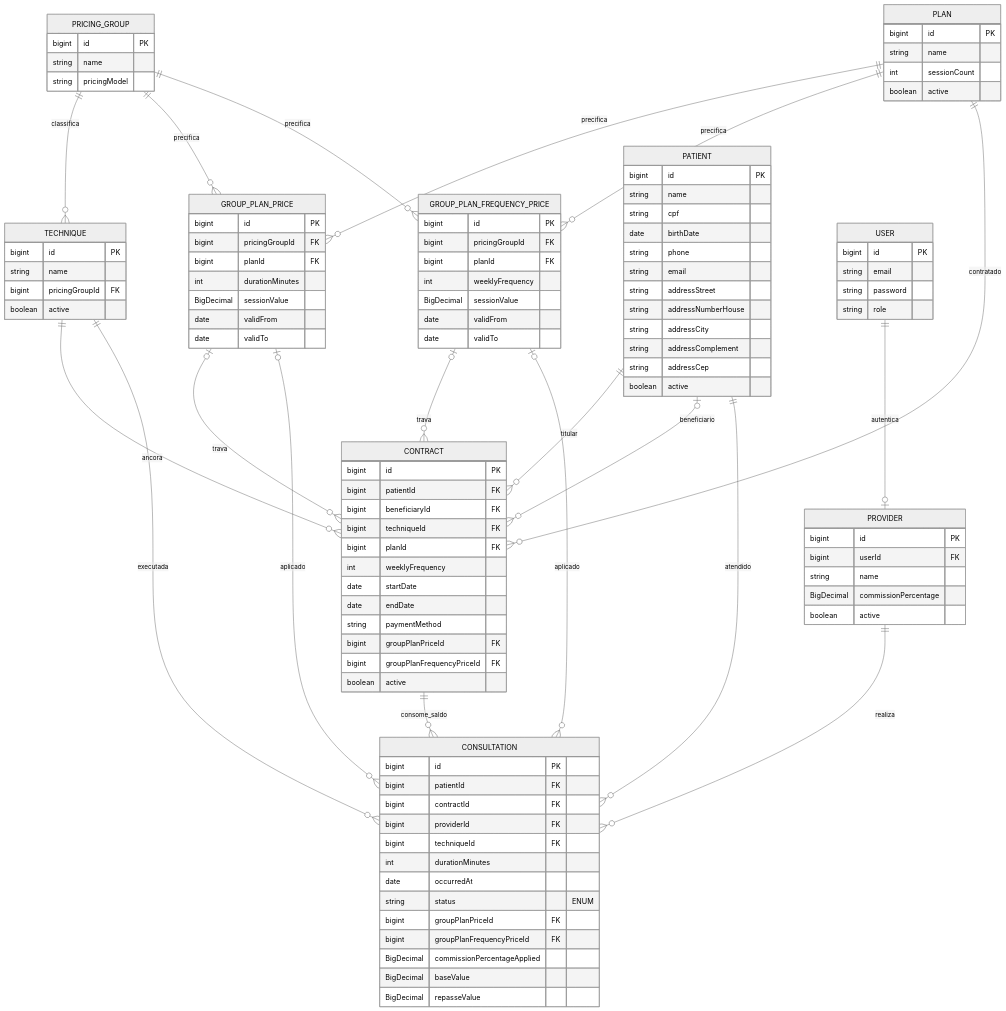
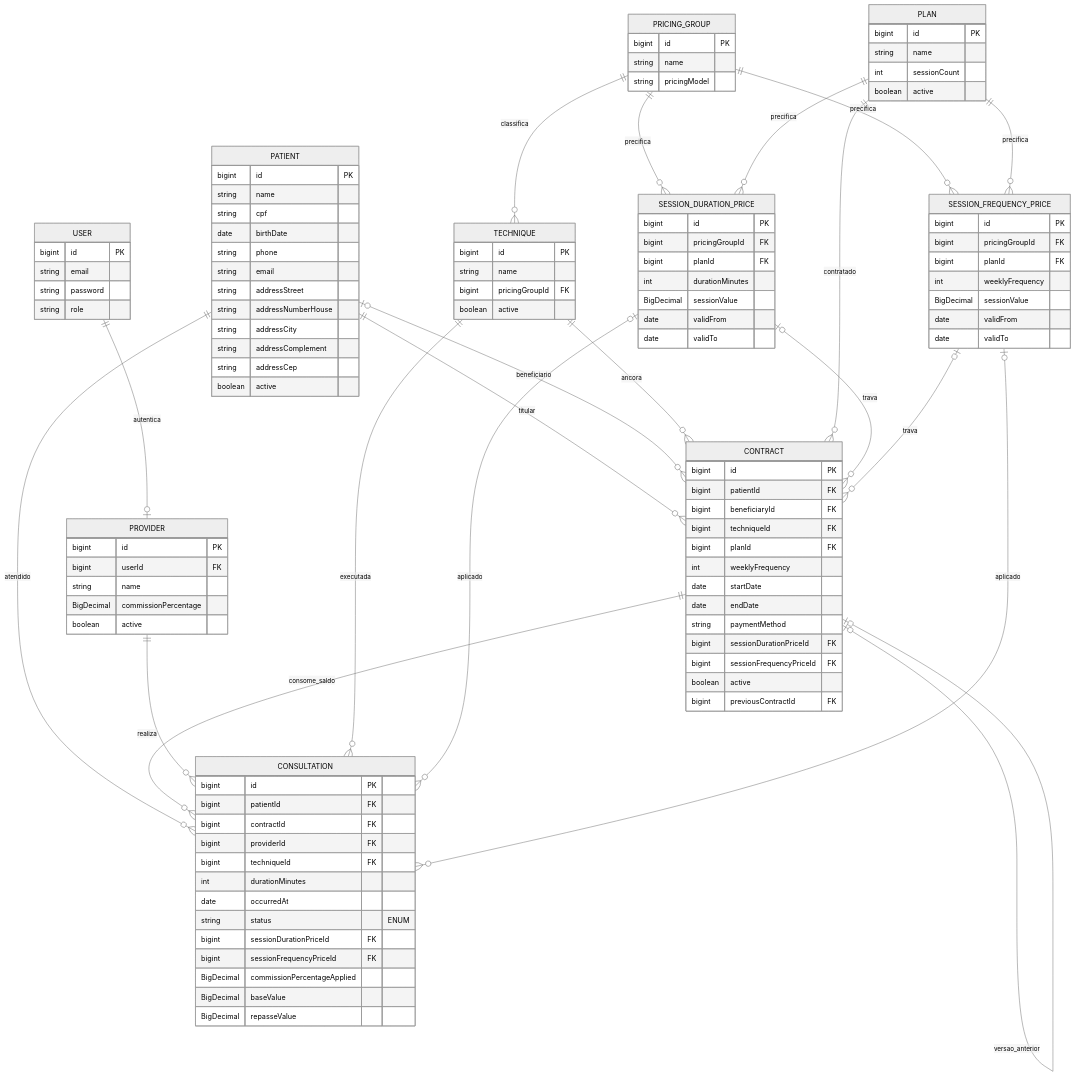
The diagram in docs/domain-model.md (1k2s/sublime-app), drawn with Mermaid (neutral theme) before and after one commit. The commit also changed other lines of this file and 26 other files, not shown here.

````diff
--- a/docs/domain-model.md
+++ b/docs/domain-model.md
@@ -10,23 +10,24 @@
 ```mermaid
 erDiagram
   PRICING_GROUP ||--o{ TECHNIQUE : classifica
-  PRICING_GROUP ||--o{ GROUP_PLAN_PRICE : precifica
-  PRICING_GROUP ||--o{ GROUP_PLAN_FREQUENCY_PRICE : precifica
-  PLAN ||--o{ GROUP_PLAN_PRICE : precifica
-  PLAN ||--o{ GROUP_PLAN_FREQUENCY_PRICE : precifica
+  PRICING_GROUP ||--o{ SESSION_DURATION_PRICE : precifica
+  PRICING_GROUP ||--o{ SESSION_FREQUENCY_PRICE : precifica
+  PLAN ||--o{ SESSION_DURATION_PRICE : precifica
+  PLAN ||--o{ SESSION_FREQUENCY_PRICE : precifica
+  CONTRACT |o--o| CONTRACT : versao_anterior
   PATIENT ||--o{ CONTRACT : titular
   PATIENT |o--o{ CONTRACT : beneficiario
   TECHNIQUE ||--o{ CONTRACT : ancora
   PLAN ||--o{ CONTRACT : contratado
-  GROUP_PLAN_PRICE |o--o{ CONTRACT : trava
-  GROUP_PLAN_FREQUENCY_PRICE |o--o{ CONTRACT : trava
+  SESSION_DURATION_PRICE |o--o{ CONTRACT : trava
+  SESSION_FREQUENCY_PRICE |o--o{ CONTRACT : trava
   USER ||--o| PROVIDER : autentica
   PATIENT ||--o{ CONSULTATION : atendido
   CONTRACT ||--o{ CONSULTATION : consome_saldo
   PROVIDER ||--o{ CONSULTATION : realiza
   TECHNIQUE ||--o{ CONSULTATION : executada
-  GROUP_PLAN_PRICE |o--o{ CONSULTATION : aplicado
-  GROUP_PLAN_FREQUENCY_PRICE |o--o{ CONSULTATION : aplicado
+  SESSION_DURATION_PRICE |o--o{ CONSULTATION : aplicado
+  SESSION_FREQUENCY_PRICE |o--o{ CONSULTATION : aplicado
 
   PATIENT {
     bigint id PK
@@ -63,7 +64,7 @@
     string pricingModel
   }
 
-  GROUP_PLAN_PRICE {
+  SESSION_DURATION_PRICE {
     bigint id PK
     bigint pricingGroupId FK
     bigint planId FK
@@ -73,7 +74,7 @@
     date validTo
   }
 
-  GROUP_PLAN_FREQUENCY_PRICE {
+  SESSION_FREQUENCY_PRICE {
     bigint id PK
     bigint pricingGroupId FK
     bigint planId FK
@@ -93,9 +94,10 @@
     date startDate
     date endDate
     string paymentMethod
-    bigint groupPlanPriceId FK
-    bigint groupPlanFrequencyPriceId FK
+    bigint sessionDurationPriceId FK
+    bigint sessionFrequencyPriceId FK
     boolean active
+    bigint previousContractId FK
   }
 
   USER {
@@ -122,8 +124,8 @@
     int durationMinutes
     date occurredAt
     string status "ENUM"
-    bigint groupPlanPriceId FK
-    bigint groupPlanFrequencyPriceId FK
+    bigint sessionDurationPriceId FK
+    bigint sessionFrequencyPriceId FK
     BigDecimal commissionPercentageApplied
     BigDecimal baseValue
     BigDecimal repasseValue
````
